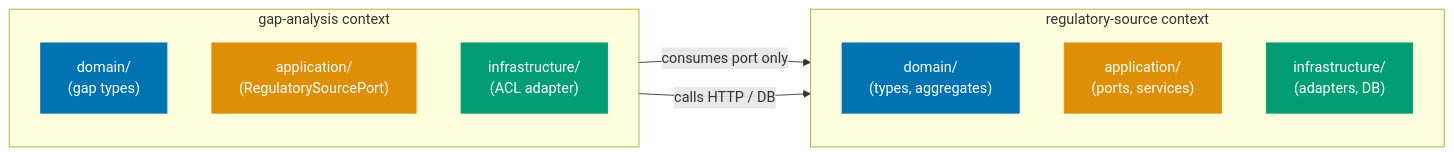
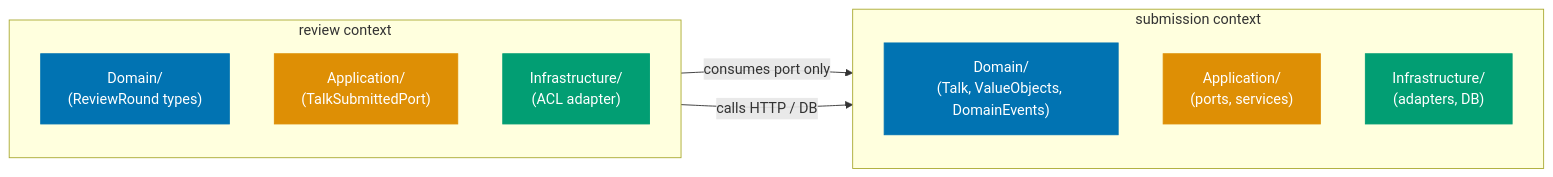
Before and after one commit to wahidyankf/open-sharia-enterprise: the first of 2 diagrams in apps/ayokoding-web/content/en/learn/software-engineering/architecture/ddd-hexagonal-in-practice/fp-in-the-field/beginner.md, drawn with Mermaid. The commit also changed other lines of this file and 11 other files, not shown here.

````diff
--- a/apps/ayokoding-web/content/en/learn/software-engineering/architecture/ddd-hexagonal-in-practice/fp-in-the-field/beginner.md
+++ b/apps/ayokoding-web/content/en/learn/software-engineering/architecture/ddd-hexagonal-in-practice/fp-in-the-field/beginner.md
@@ -46,21 +44,21 @@
 ```mermaid
 flowchart LR
-    subgraph ctx["regulatory-source context"]
+    subgraph ctx["submission context"]
         direction TB
-        dom["domain/\n(types, aggregates)"]:::blue
-        app["application/\n(ports, services)"]:::orange
-        inf["infrastructure/\n(adapters, DB)"]:::teal
+        dom["Domain/\n(Talk, ValueObjects, DomainEvents)"]:::blue
+        app["Application/\n(ports, services)"]:::orange
+        inf["Infrastructure/\n(adapters, DB)"]:::teal
     end
-    subgraph gap["gap-analysis context"]
+    subgraph rev["review context"]
         direction TB
-        gdom["domain/\n(gap types)"]:::blue
-        gapp["application/\n(RegulatorySourcePort)"]:::orange
-        ginf["infrastructure/\n(ACL adapter)"]:::teal
+        rdom["Domain/\n(ReviewRound types)"]:::blue
+        rapp["Application/\n(TalkSubmittedPort)"]:::orange
+        rinf["Infrastructure/\n(ACL adapter)"]:::teal
     end
-    gapp -->|"consumes port only"| app
-    ginf -->|"calls HTTP / DB"| inf
+    rapp -->|"consumes port only"| app
+    rinf -->|"calls HTTP / DB"| inf
 
     classDef blue fill:#0173B2,color:#fff,stroke:#0173B2
     classDef orange fill:#DE8F05,color:#fff,stroke:#DE8F05
     classDef teal fill:#029E73,color:#fff,stroke:#029E73
 ```
````
